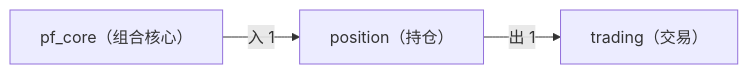
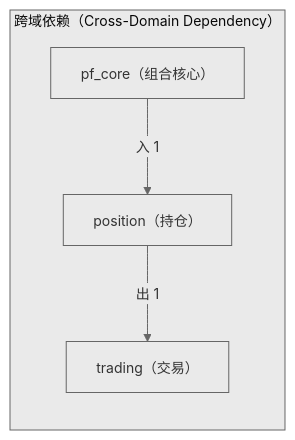
Before and after one commit to xuanFelixVan/ZephyrAlpha: the second of 2 diagrams in docs/02_enterprise_architecture/06_decision_architecture/18_decision_l3_position.md, drawn with Mermaid. The commit also changed other lines of this file and 23 other files, not shown here.

First line of the commit message:
fix(decision-diagram): mermaid 图加 subgraph 容器 + clusterBkg 主题变量

````diff
--- a/docs/02_enterprise_architecture/06_decision_architecture/18_decision_l3_position.md
+++ b/docs/02_enterprise_architecture/06_decision_architecture/18_decision_l3_position.md
@@ -159,8 +160,11 @@
 ```mermaid
+%%{init: {'theme': 'base', 'themeVariables': {'primaryColor': '#eaeaea', 'primaryTextColor': '#333333', 'primaryBorderColor': '#666666', 'lineColor': '#666666', 'clusterBkg': '#eaeaea', 'clusterBorder': '#666666', 'fontSize': '14px'}}}%%
 flowchart LR
-    SELF["position（持仓）"]
-    EXT_trading["trading（交易）"]
-    SELF -->|出 1| EXT_trading
-    EXT_pf_core["pf_core（组合核心）"]
-    EXT_pf_core -->|入 1| SELF
+    subgraph cd_sg["跨域依赖（Cross-Domain Dependency）"]
+        SELF["position（持仓）"]
+        EXT_trading["trading（交易）"]
+        SELF -->|出 1| EXT_trading
+        EXT_pf_core["pf_core（组合核心）"]
+        EXT_pf_core -->|入 1| SELF
+    end
 ```
````
